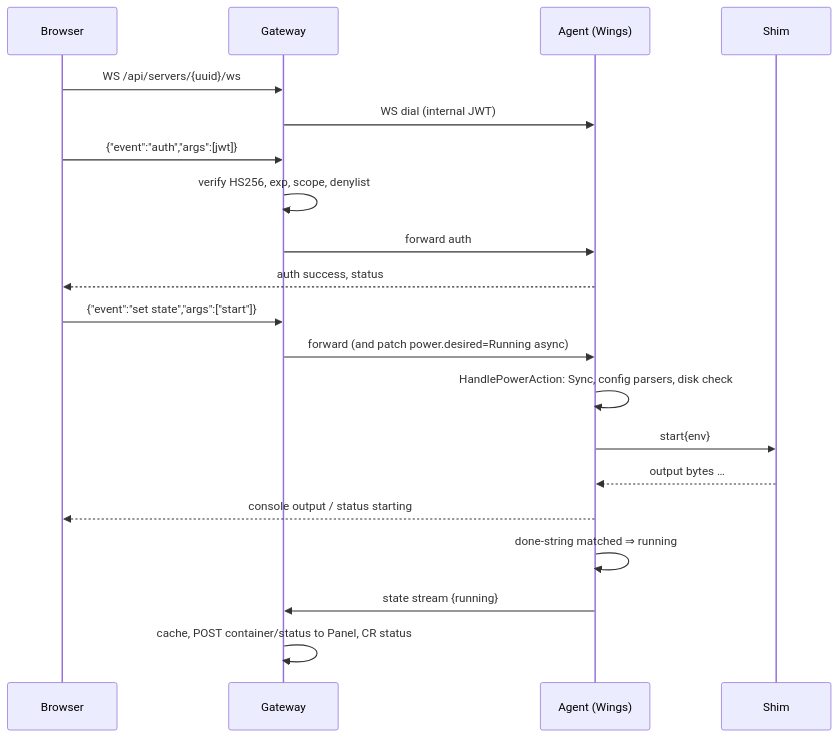
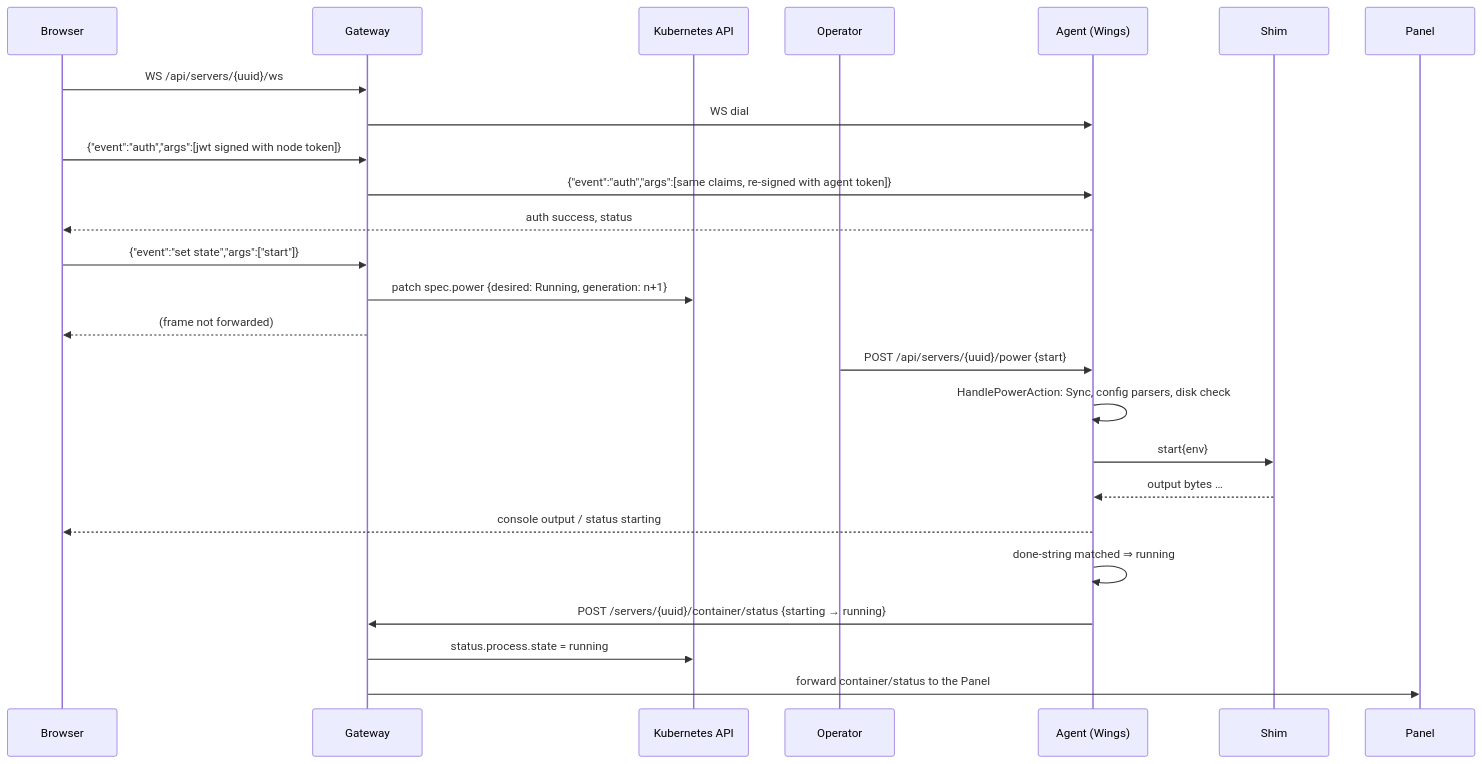
The fifth of 5 diagrams in ARCHITECTURE.md (Claiyc/pelican-k8s), drawn with Mermaid before and after one commit. The commit also changed other lines of this file and 1 other file, not shown here.

Commit message:
smaller upstream changes, process rules for operator

````diff
--- a/ARCHITECTURE.md
+++ b/ARCHITECTURE.md
@@ -823,22 +900,27 @@
 ```mermaid
 sequenceDiagram
   participant B as Browser
   participant G as Gateway
+  participant K as Kubernetes API
+  participant O as Operator
   participant A as Agent (Wings)
   participant S as Shim
+  participant P as Panel
   B->>G: WS /api/servers/{uuid}/ws
-  G->>A: WS dial (internal JWT)
-  B->>G: {"event":"auth","args":[jwt]}
-  G->>G: verify HS256, exp, scope, denylist
-  G->>A: forward auth
+  G->>A: WS dial
+  B->>G: {"event":"auth","args":[jwt signed with node token]}
+  G->>A: {"event":"auth","args":[same claims, re-signed with agent token]}
   A-->>B: auth success, status
   B->>G: {"event":"set state","args":["start"]}
-  G->>A: forward (and patch power.desired=Running async)
+  G->>K: patch spec.power {desired: Running, generation: n+1}
+  G-->>B: (frame not forwarded)
+  O->>A: POST /api/servers/{uuid}/power {start}
   A->>A: HandlePowerAction: Sync, config parsers, disk check
   A->>S: start{env}
   S-->>A: output bytes …
   A-->>B: console output / status starting
   A->>A: done-string matched ⇒ running
-  A->>G: state stream {running}
-  G->>G: cache, POST container/status to Panel, CR status
+  A->>G: POST /servers/{uuid}/container/status {starting → running}
+  G->>K: status.process.state = running
+  G->>P: forward container/status to the Panel
 ```
````
